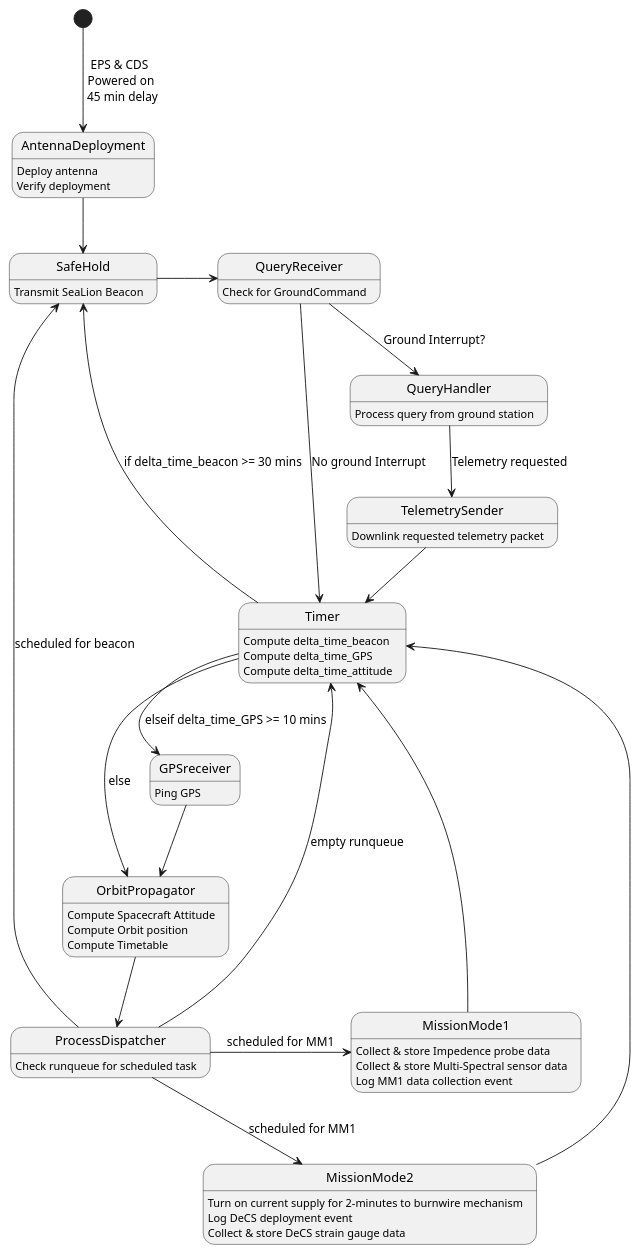
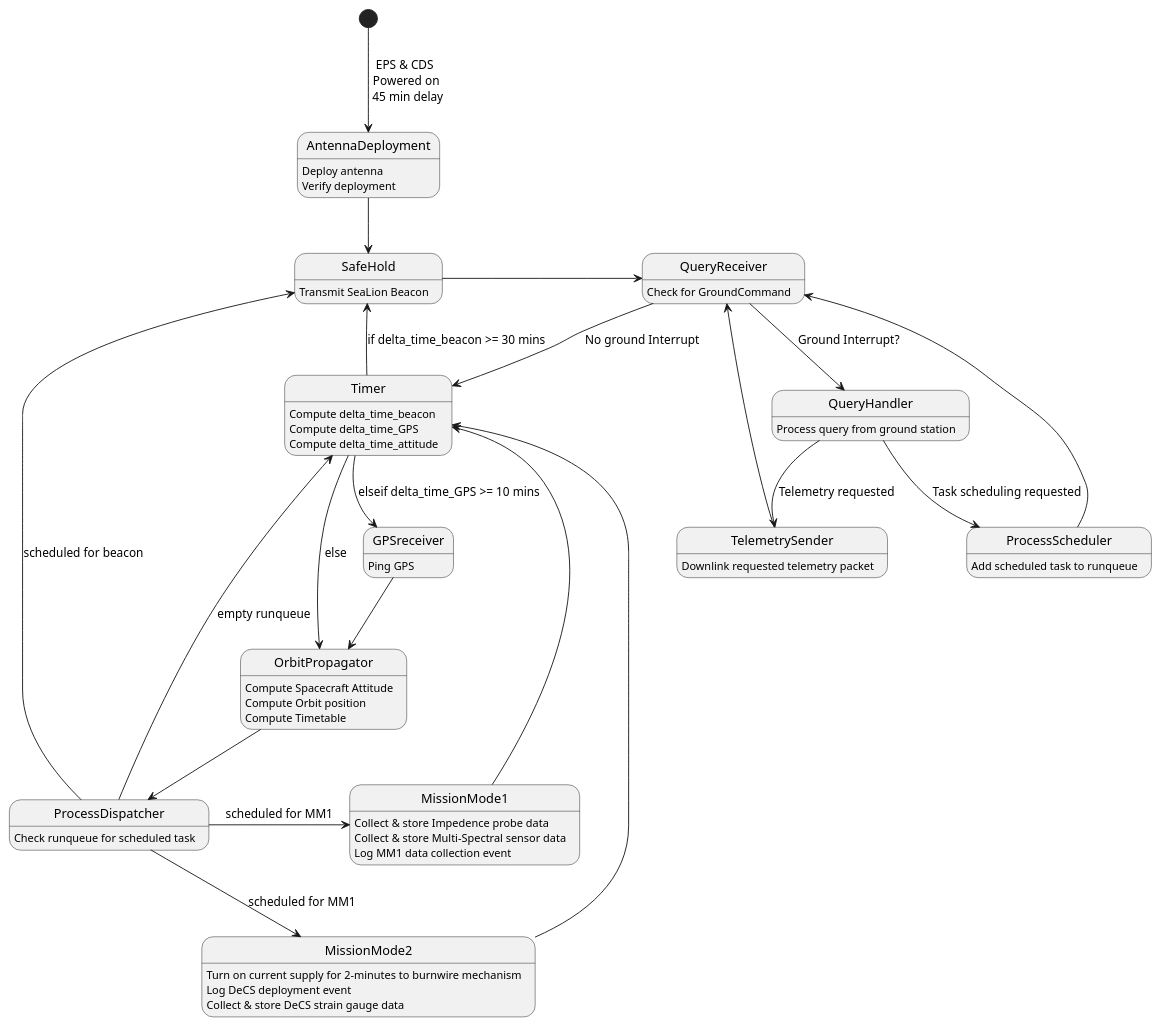
The diagram in fsw-architecture/operating-mode-as-fsm.puml (ODU-CGA-CubeSat/FSW), drawn with PlantUML before and after one commit.

Commit message:
add ProcessScheduler
redirect TelmetrySender and ProcessScheduler to QueryReceiver

```diff
--- a/fsw-architecture/operating-mode-as-fsm.puml
+++ b/fsw-architecture/operating-mode-as-fsm.puml
@@ -1,53 +1,57 @@
 @startuml
 
 state AntennaDeployment
       AntennaDeployment : Deploy antenna
       AntennaDeployment : Verify deployment
 state SafeHold
       SafeHold : Transmit SeaLion Beacon
 state QueryReceiver
       QueryReceiver : Check for GroundCommand
 state TelemetrySender
       TelemetrySender : Downlink requested telemetry packet
 state Timer
       Timer : Compute delta_time_beacon
       Timer : Compute delta_time_GPS
       Timer : Compute delta_time_attitude
 state MissionMode1
       MissionMode1 : Collect & store Impedence probe data
       MissionMode1 : Collect & store Multi-Spectral sensor data
       MissionMode1 : Log MM1 data collection event
 state MissionMode2
       MissionMode2 : Turn on current supply for 2-minutes to burnwire mechanism
       MissionMode2 : Log DeCS deployment event
       MissionMode2 : Collect & store DeCS strain gauge data
 state ProcessDispatcher
       ProcessDispatcher : Check runqueue for scheduled task
 state OrbitPropagator
       OrbitPropagator : Compute Spacecraft Attitude
       OrbitPropagator : Compute Orbit position
       OrbitPropagator : Compute Timetable
 state GPSreceiver
       GPSreceiver : Ping GPS
 state QueryHandler
       QueryHandler : Process query from ground station
+state ProcessScheduler
+      ProcessScheduler : Add scheduled task to runqueue
 
 [*] --> AntennaDeployment : EPS & CDS \n Powered on \n 45 min delay
 AntennaDeployment --> SafeHold
 SafeHold -> QueryReceiver
 QueryReceiver --> QueryHandler : Ground Interrupt?
+QueryReceiver -> Timer : No ground Interrupt
 QueryHandler --> TelemetrySender : Telemetry requested
-QueryReceiver -> Timer : No ground Interrupt
-TelemetrySender --> Timer
+QueryHandler --> ProcessScheduler : Task scheduling requested
+TelemetrySender --> QueryReceiver
+ProcessScheduler --> QueryReceiver
 MissionMode1 --> Timer
 MissionMode2 --> Timer
 GPSreceiver --> OrbitPropagator
 OrbitPropagator --> ProcessDispatcher
 Timer --> SafeHold : if delta_time_beacon >= 30 mins
 Timer --> GPSreceiver : elseif delta_time_GPS >= 10 mins
 Timer --> OrbitPropagator : else
 ProcessDispatcher --> SafeHold : scheduled for beacon
 ProcessDispatcher -> MissionMode1 : scheduled for MM1
 ProcessDispatcher --> MissionMode2 : scheduled for MM1
 ProcessDispatcher --> Timer : empty runqueue
 @enduml
```
